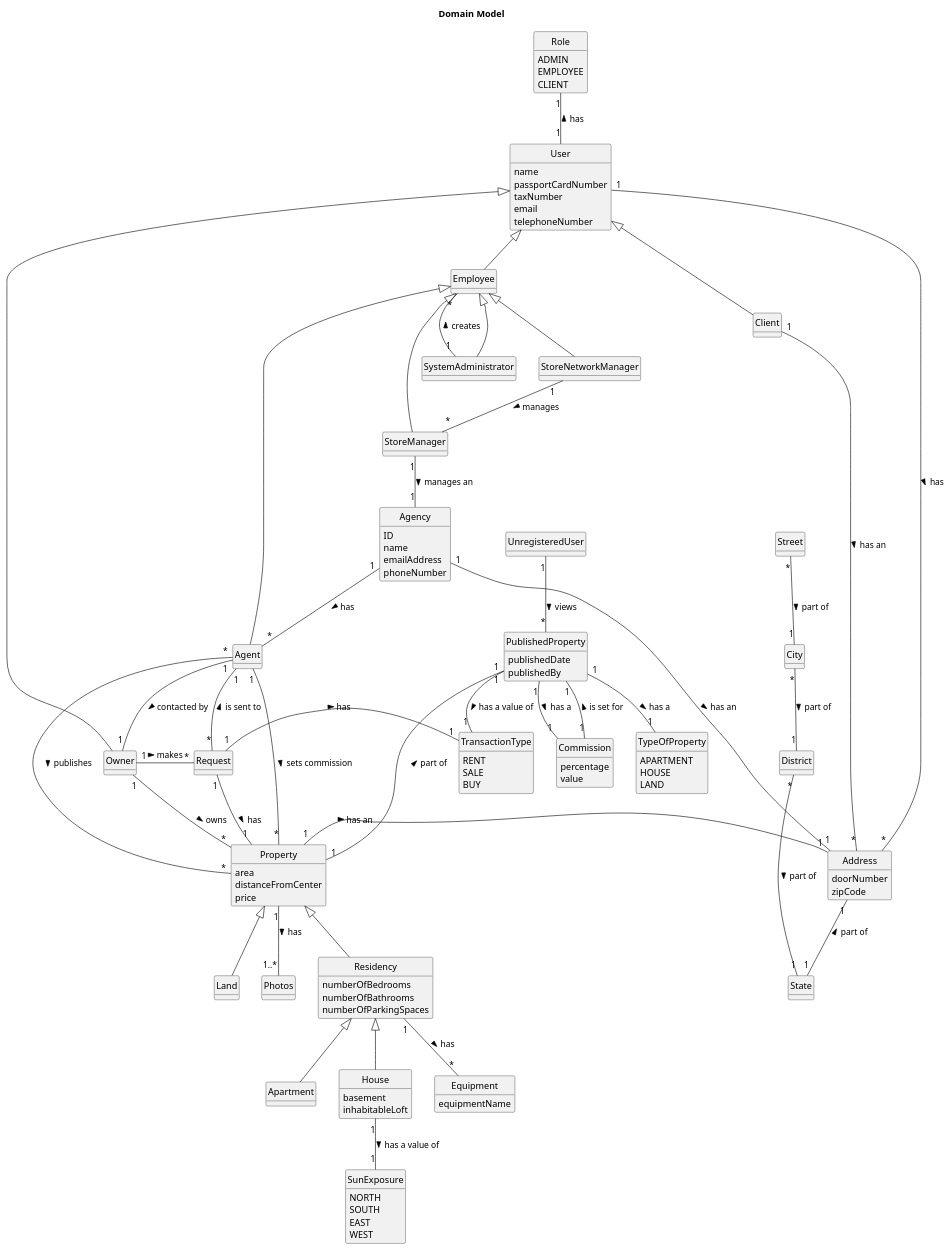
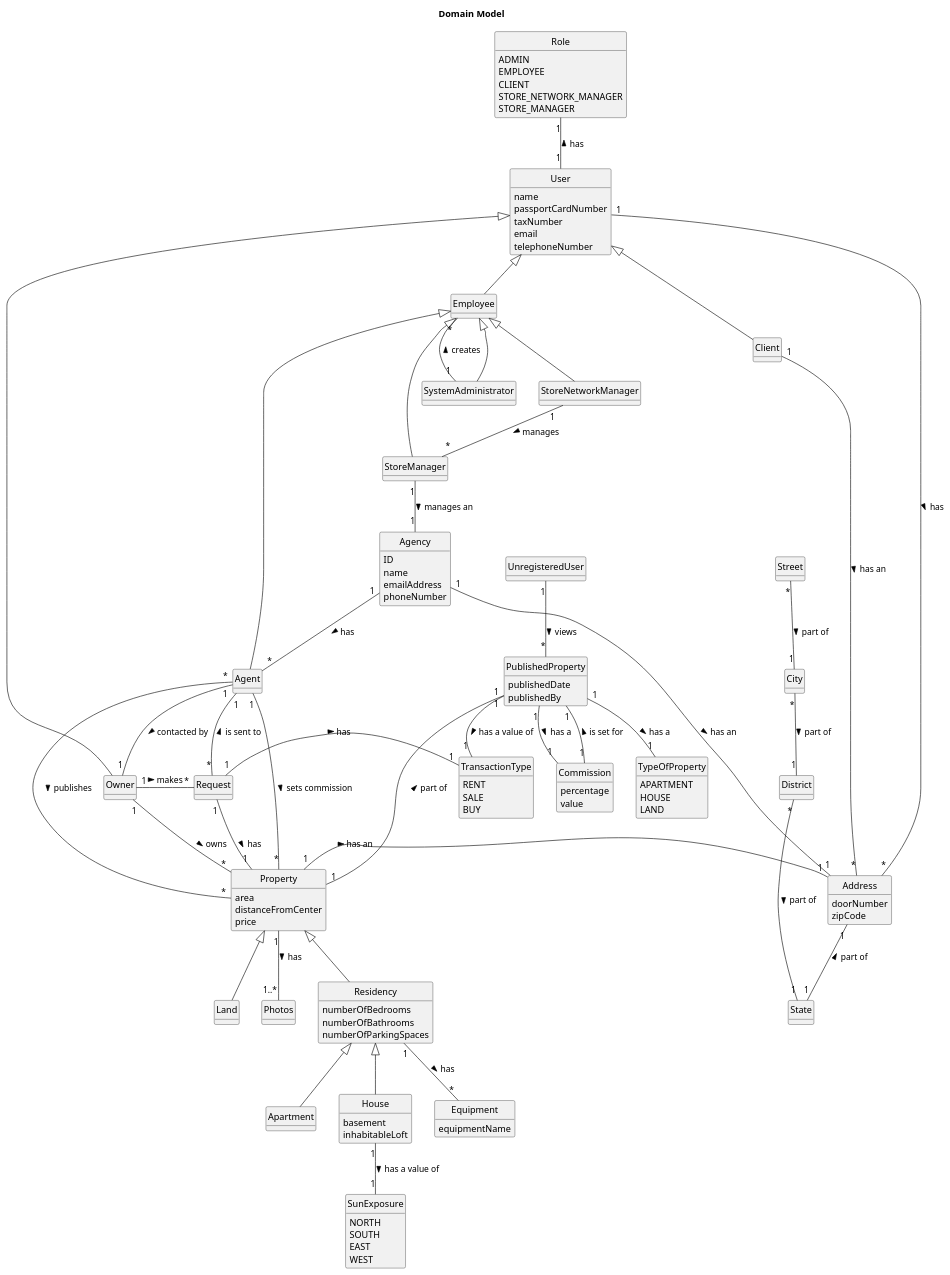
Before and after one commit to Goncalves2525/real-estate-management-system: the diagram in docs/sprintB/global-artifacts/02.analysis/puml/project-domain-model.puml, drawn with PlantUML. The commit also changed 15 other files, not shown here.

```diff
--- a/docs/sprintB/global-artifacts/02.analysis/puml/project-domain-model.puml
+++ b/docs/sprintB/global-artifacts/02.analysis/puml/project-domain-model.puml
@@ -1,169 +1,171 @@
 @startuml
 skinparam monochrome true
 skinparam packageStyle rectangle
 skinparam shadowing false
 skinparam classAttributeIconSize 0
 'skinparam linetype ortho
 hide circle
 hide methods
 
 title Domain Model
 
 class Client extends User{
 }
 
 class Owner extends User {
 }
 
 class Employee extends User{
 }
 
 class Agent extends Employee{
 }
 
 class User{
     name
     passportCardNumber
     taxNumber
     email
     telephoneNumber
 }
 
 class Agency{
     ID
     name
     emailAddress
     phoneNumber
 }
 
 class Property{
     area
     distanceFromCenter
     price
 }
 
 class Photos {
 }
 
 class Address{
     doorNumber
     zipCode
 }
 
 class Street{
 }
 
 class City{
 }
 
 class District{
 }
 
 class State{
 }
 
 class Apartment extends Residency{
 }
 
 class House extends Residency{
     basement
     inhabitableLoft
 }
 
 class Residency extends Property{
     numberOfBedrooms
     numberOfBathrooms
     numberOfParkingSpaces
 
 }
 
 class PublishedProperty{
     publishedDate
     publishedBy
 }
 
 class Commission{
     percentage
     value
 }
 
 class TypeOfProperty{
     APARTMENT
     HOUSE
     LAND
 }
 
 class Land extends Property{
 }
 
 class Equipment{
     equipmentName
 }
 
 class Role{
 ADMIN
 EMPLOYEE
 CLIENT
+STORE_NETWORK_MANAGER
+STORE_MANAGER
 }
 
 class SystemAdministrator extends Employee{
 }
 
 class StoreManager extends Employee{
 }
 
 class StoreNetworkManager extends Employee{
 }
 
 class SunExposure{
 NORTH
 SOUTH
 EAST
 WEST
 }
 
 class TransactionType{
 RENT
 SALE
 BUY
 }
 
 class UnregisteredUser{
 }
 
 class Request{
 }
 
 PublishedProperty "1" -- "1" TypeOfProperty: has a >
 StoreNetworkManager "1" -- "*" StoreManager: manages >
 Agency "1" -- "*" Agent: has >
 SystemAdministrator "1" -- "*" Employee: creates >
 Role "1" -- "1" User: has <
 Agent "1" -- "1" Owner : contacted by >
 Agent "*" - "*" Property: publishes >
 Agent "1" - "*" Property: sets commission >
 Owner "1" -- "*" Property: owns >
 Owner "1" - "*" Request: makes >
 Request "*" -- "1" Agent: is sent to >
 Request "1" - "1" Property: has >
 Request "1" - "1" TransactionType: has >
 Address "1" -- "1" State : part of <
 City "*" -- "1" District : part of >
 Street "*" -- "1" City : part of >
 District "*" --- "1" State : part of >
 Client "1" -- "*" Address: has an >
 Property "1" -- "1..*" Photos: has >
 PublishedProperty "1" -- "1" Commission: is set for <
 Residency "1" -- "*" Equipment: has >
 PublishedProperty "1" -- "1" Property: part of <
 User "1" -- "*" Address: has >
 Property "1" - "1" Address: has an >
 PublishedProperty "1" -- "1" Commission : has a >
 StoreManager "1" -- "1" Agency: manages an >
 House "1" -- "1" SunExposure: has a value of >
 PublishedProperty "1" -- "1" TransactionType: has a value of >
 Agency "1" -- "1" Address: has an >
 UnregisteredUser "1" -- "*" PublishedProperty: views >
 
 
 @enduml
```
